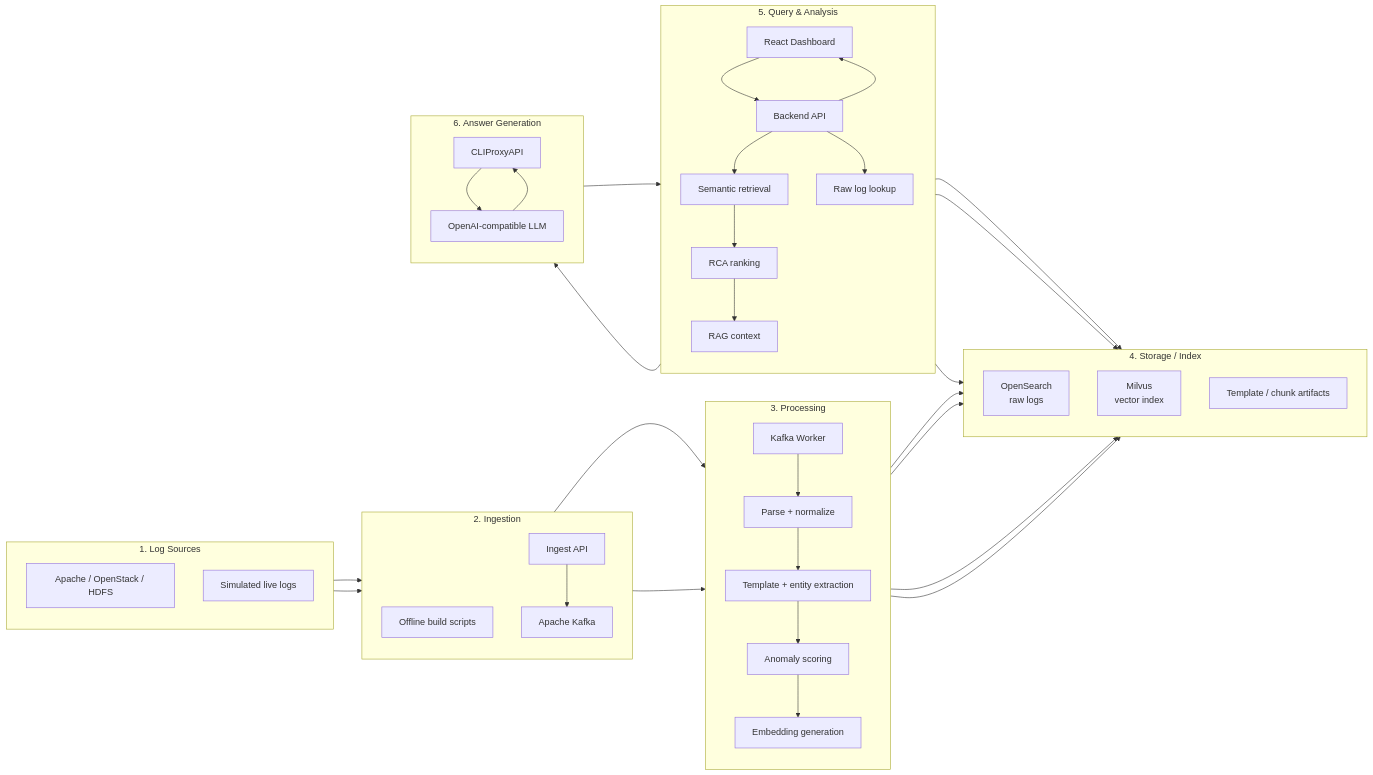
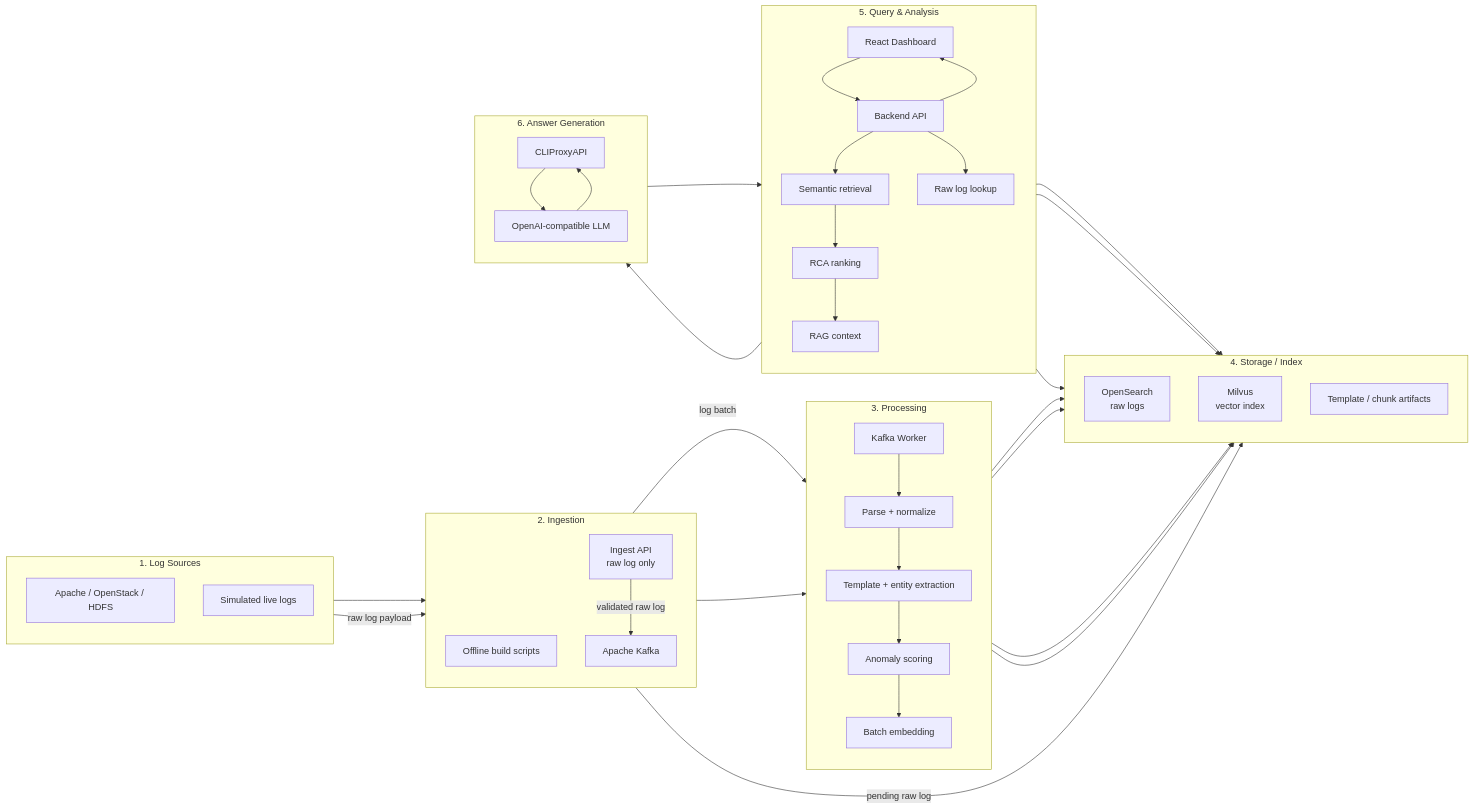
One commit to pbtien2005/semantic-log-monitoring changed the second of 4 diagrams in docs/architecture-c4.md. Above: the diagram before and after it, drawn with Mermaid. The commit also changed other lines of this file and 234 other files, not shown here.

````diff
--- a/docs/architecture-c4.md
+++ b/docs/architecture-c4.md
@@ -97,77 +97,78 @@
 ```mermaid
 flowchart LR
     subgraph Source["1. Log Sources"]
         direction TB
         Dataset["Apache / OpenStack / HDFS"]
         LiveLog["Simulated live logs"]
     end
 
     subgraph Ingest["2. Ingestion"]
         direction TB
         OfflineScripts["Offline build scripts"]
-        IngestAPI["Ingest API"]
+        IngestAPI["Ingest API\nraw log only"]
         Kafka["Apache Kafka"]
     end
 
     subgraph Process["3. Processing"]
         direction TB
         Worker["Kafka Worker"]
         Parser["Parse + normalize"]
         Template["Template + entity extraction"]
         Anomaly["Anomaly scoring"]
-        Embedding["Embedding generation"]
+        Embedding["Batch embedding"]
     end
 
     subgraph Store["4. Storage / Index"]
         direction TB
         OpenSearch["OpenSearch\nraw logs"]
         Milvus["Milvus\nvector index"]
         Artifacts["Template / chunk artifacts"]
     end
 
     subgraph Query["5. Query & Analysis"]
         direction TB
         Dashboard["React Dashboard"]
         API["Backend API"]
         Retrieval["Semantic retrieval"]
         RawLookup["Raw log lookup"]
         RCA["RCA ranking"]
         Context["RAG context"]
     end
 
     subgraph AI["6. Answer Generation"]
         direction TB
         CLIProxy["CLIProxyAPI"]
         LLM["OpenAI-compatible LLM"]
     end
 
     Dataset --> OfflineScripts
-    LiveLog --> IngestAPI
-    IngestAPI --> Kafka
-    Kafka --> Worker
+    LiveLog -->|"raw log payload"| IngestAPI
+    IngestAPI -->|"validated raw log"| Kafka
+    IngestAPI -->|"pending raw log"| OpenSearch
+    Kafka -->|"log batch"| Worker
     OfflineScripts --> Parser
     Worker --> Parser
 
     Parser --> Template
     Template --> Anomaly
     Anomaly --> Embedding
 
     Template --> OpenSearch
     Template --> Artifacts
     Embedding --> Milvus
     Anomaly --> OpenSearch
 
     Dashboard --> API
     API --> Retrieval
     API --> RawLookup
     Retrieval --> Milvus
     Retrieval --> Artifacts
     RawLookup --> OpenSearch
     Retrieval --> RCA
     RCA --> Context
     Context --> CLIProxy
     CLIProxy --> LLM
     LLM --> CLIProxy
     CLIProxy --> API
     API --> Dashboard
 ```
````
